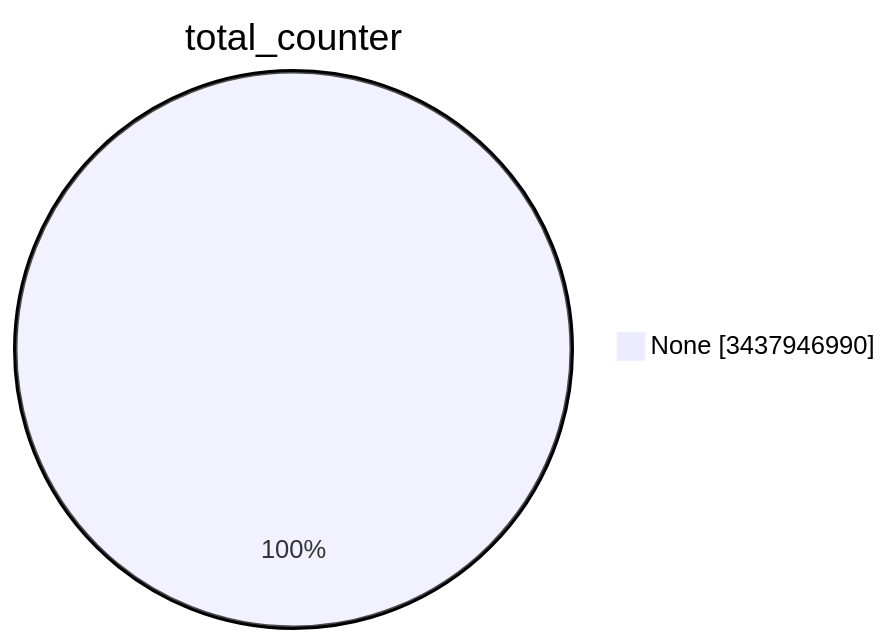
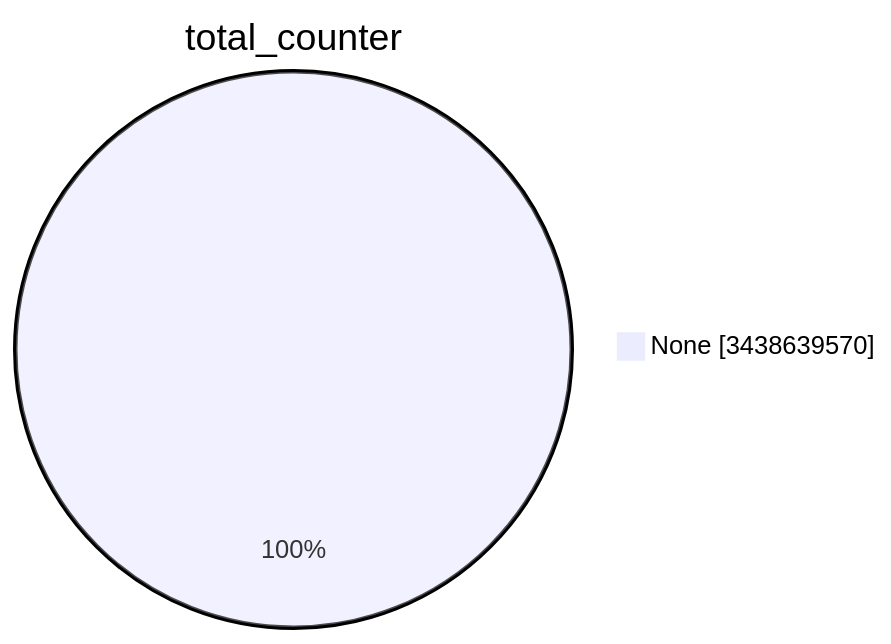
Before and after one commit to christiankrug/ctmonitor_visualization: the first of 15 diagrams in TOTAL/README.md, drawn with Mermaid. The commit also changed other lines of this file, not shown here.

````diff
--- a/TOTAL/README.md
+++ b/TOTAL/README.md
@@ -1,5 +1,5 @@
 ```mermaid
 pie showData
 title total_counter
-"None" :3437946990
+"None" :3438639570
 ```
````
